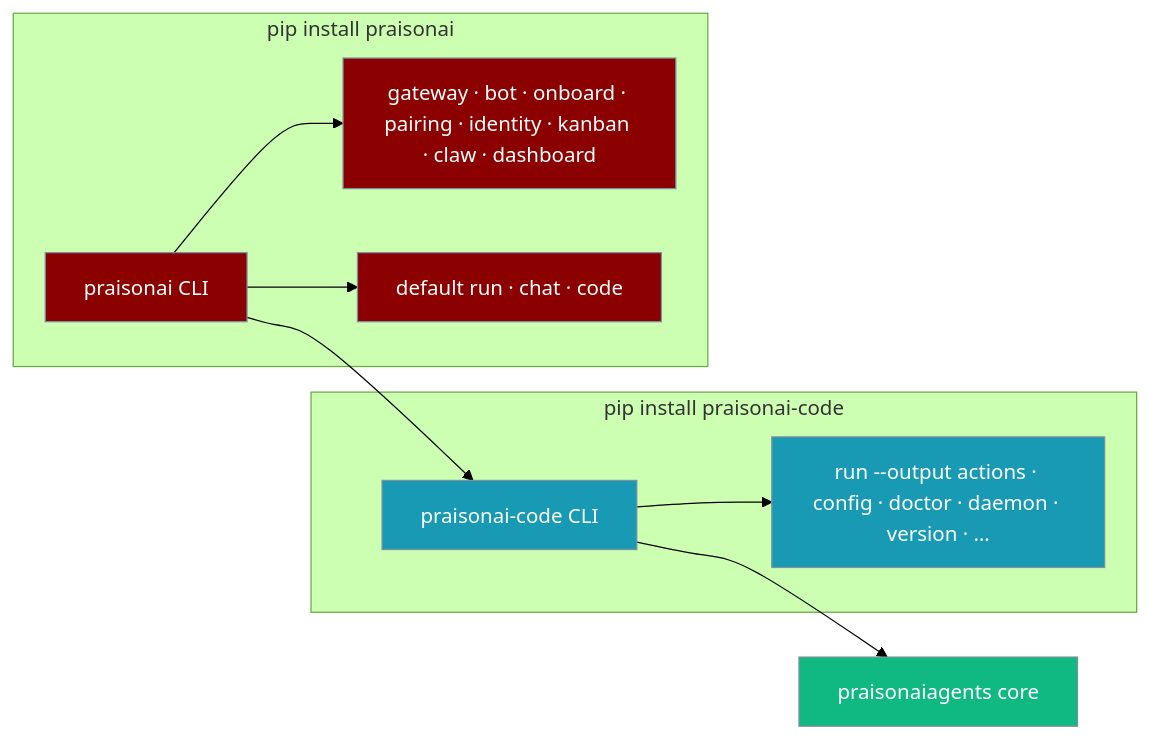
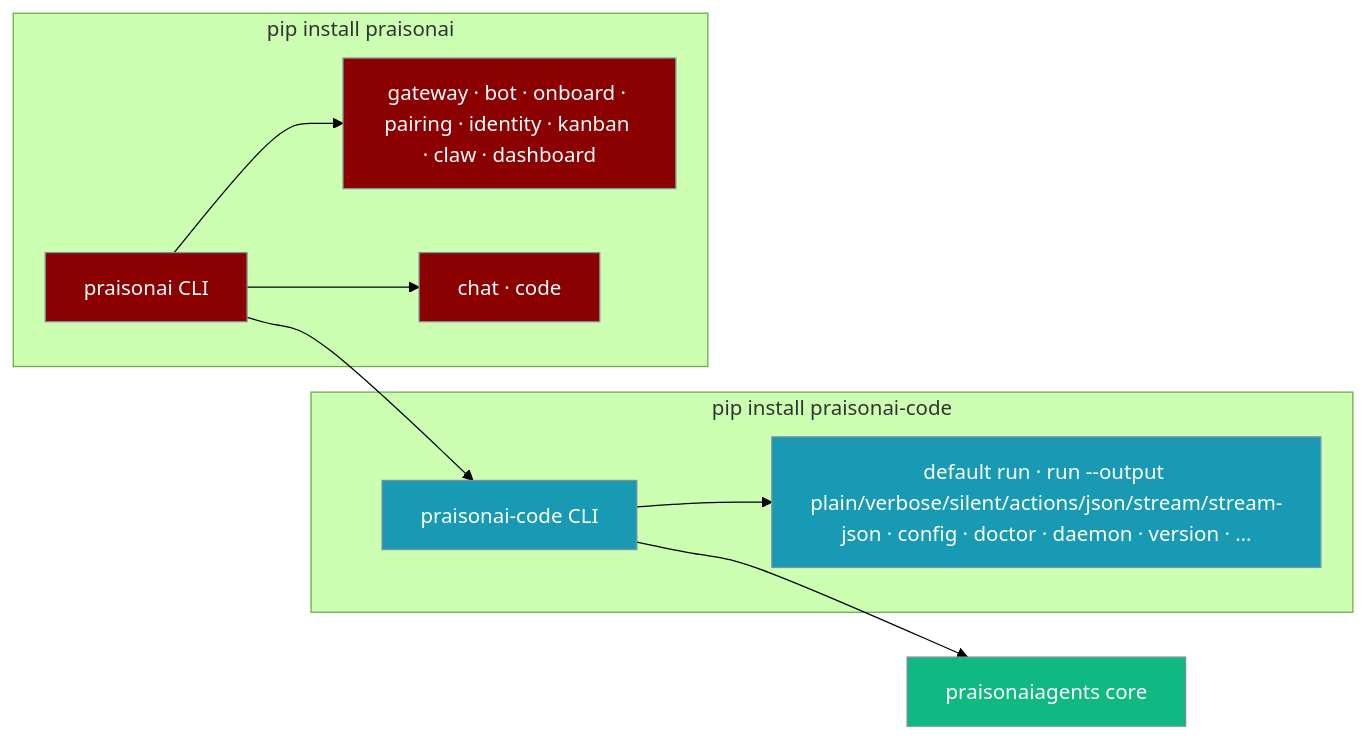
The first of 3 diagrams in docs/features/praisonai-code-cli.mdx (MervinPraison/PraisonAIDocs), drawn with Mermaid (forest theme) before and after one commit. The commit also changed other lines of this file and 5 other files, not shown here.

First line of the commit message:
docs: correct standalone praisonai-code run text-mode gate (fixes #1815)

````diff
--- a/docs/features/praisonai-code-cli.mdx
+++ b/docs/features/praisonai-code-cli.mdx
@@ -22,19 +25,19 @@
 ```mermaid
 graph LR
     subgraph pip_code["pip install praisonai-code"]
-        A[praisonai-code CLI] --> A1[run --output actions · config · doctor · daemon · version · …]
+        A[praisonai-code CLI] --> A1[default run · run --output plain/verbose/silent/actions/json/stream/stream-json · config · doctor · daemon · version · …]
     end
     subgraph pip_wrapper["pip install praisonai"]
         B[praisonai CLI] --> B1[gateway · bot · onboard · pairing · identity · kanban · claw · dashboard]
-        B --> B2[default run · chat · code]
+        B --> B2[chat · code]
         B --> A
     end
     A --> C[praisonaiagents core]
 
     classDef code fill:#189AB4,stroke:#7C90A0,color:#fff
     classDef wrapper fill:#8B0000,stroke:#7C90A0,color:#fff
     classDef core fill:#10B981,stroke:#7C90A0,color:#fff
     class A,A1 code
     class B,B1,B2 wrapper
     class C core
 ```
````
